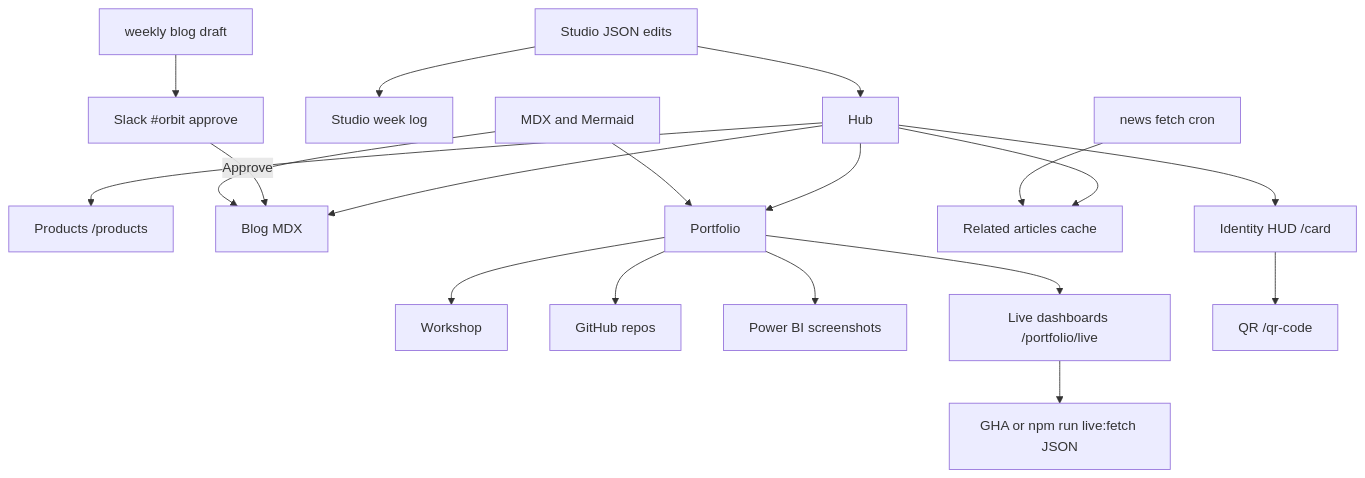
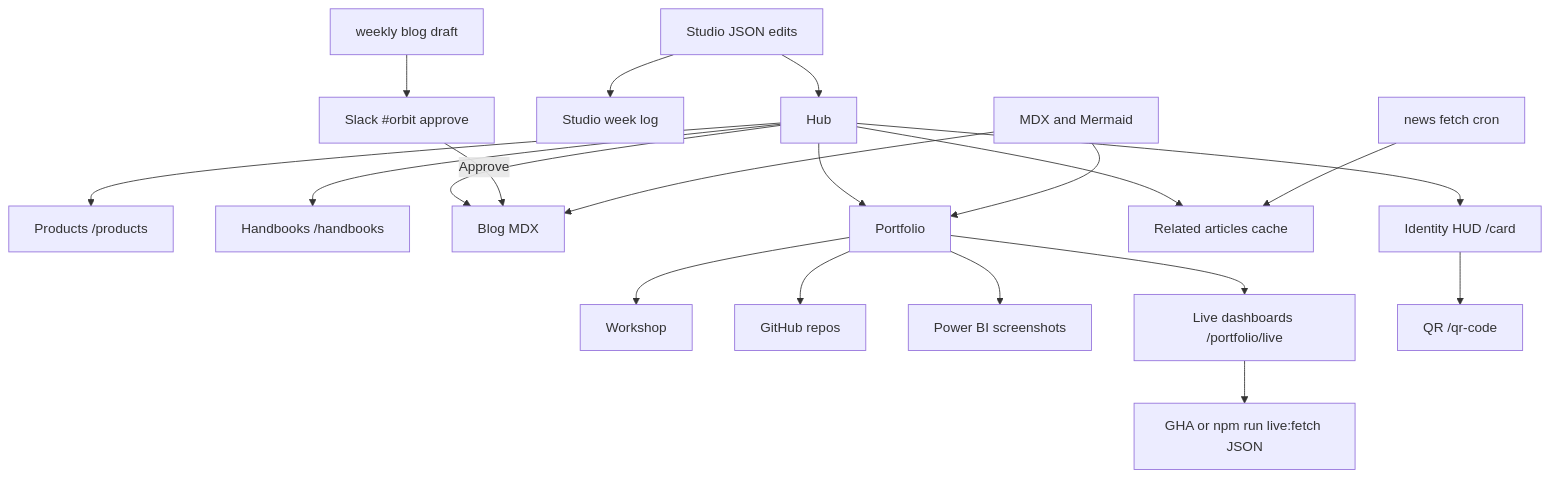
One commit to AlexTouvras/Orbit changed the diagram in docs/architecture/system-overview.md. Above: the diagram before and after it, drawn with Mermaid. The commit also changed 25 other files, not shown here.

````diff
--- a/docs/architecture/system-overview.md
+++ b/docs/architecture/system-overview.md
@@ -3,21 +3,22 @@
 ```mermaid
 flowchart TB
   Hub[Hub] --> Products[Products /products]
+  Hub --> Handbooks[Handbooks /handbooks]
   Hub --> Blog[Blog MDX]
   Hub --> Portfolio[Portfolio]
   Portfolio --> Workshop[Workshop]
   Portfolio --> Github[GitHub repos]
   Portfolio --> PowerBI[Power BI screenshots]
   Portfolio --> Live[Live dashboards /portfolio/live]
   Live --> Snapshots[GHA or npm run live:fetch JSON]
   Hub --> Feed[Related articles cache]
   Hub --> Card[Identity HUD /card]
   Card --> QrPage[QR /qr-code]
   Studio[Studio JSON edits] --> Hub
   Studio --> WeekLog[Studio week log]
   Cron[news fetch cron] --> Feed
   Weekly[weekly blog draft] --> Slack[Slack #orbit approve]
   Slack -->|Approve| Blog
   MDX[MDX and Mermaid] --> Blog
   MDX --> Portfolio
 ```
````
